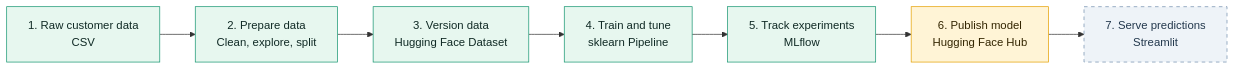
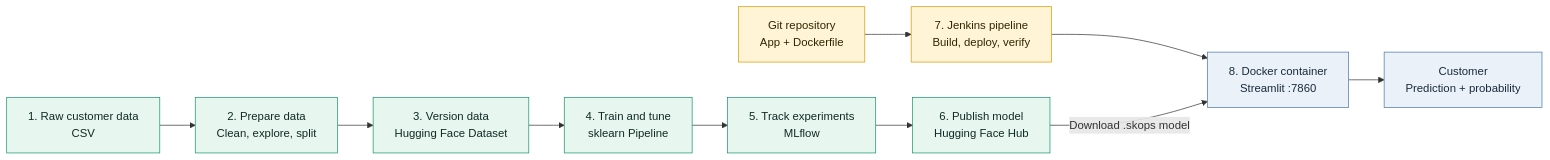
The first of 2 diagrams in README.md (timayabi2020/wellness_tourism_mlops), drawn with Mermaid before and after one commit. The commit also changed other lines of this file, not shown here.

Commit message:
Updated architecture notes in readme

````diff
--- a/README.md
+++ b/README.md
@@ -14,16 +15,20 @@
 ```mermaid
 flowchart LR
 	A["1. Raw customer data<br/>CSV"] --> B["2. Prepare data<br/>Clean, explore, split"]
 	B --> C["3. Version data<br/>Hugging Face Dataset"]
 	C --> D["4. Train and tune<br/>sklearn Pipeline"]
 	D --> E["5. Track experiments<br/>MLflow"]
 	E --> F["6. Publish model<br/>Hugging Face Hub"]
-	F --> G["7. Serve predictions<br/>Streamlit"]
 
-	classDef done fill:#e7f7ef,stroke:#159570,color:#102a25;
-	classDef active fill:#fff4d6,stroke:#e5a000,color:#332500;
-	classDef planned fill:#eef3f8,stroke:#7290ad,color:#23384d,stroke-dasharray: 5 5;
-	class A,B,C,D,E done;
-	class F active;
-	class G planned;
+	G["Git repository<br/>App + Dockerfile"] --> H["7. Jenkins pipeline<br/>Build, deploy, verify"]
+	H --> I["8. Docker container<br/>Streamlit :7860"]
+	F -->|Download .skops model| I
+	I --> J["Customer<br/>Prediction + probability"]
+
+	classDef data fill:#e7f7ef,stroke:#159570,color:#102a25;
+	classDef automation fill:#fff4d6,stroke:#d89a00,color:#332500;
+	classDef serving fill:#eaf1f8,stroke:#4c78a8,color:#172b3d;
+	class A,B,C,D,E,F data;
+	class G,H automation;
+	class I,J serving;
 ```
````
